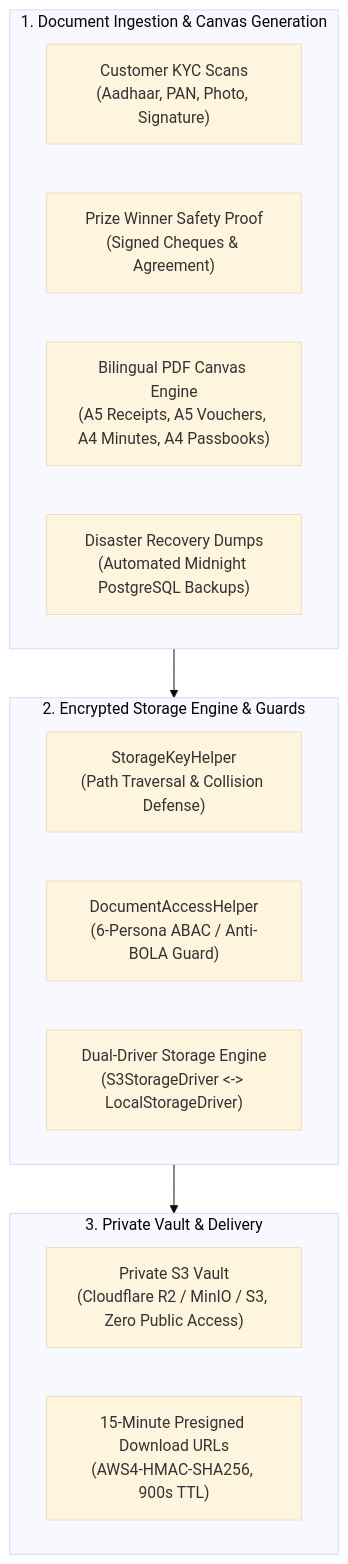
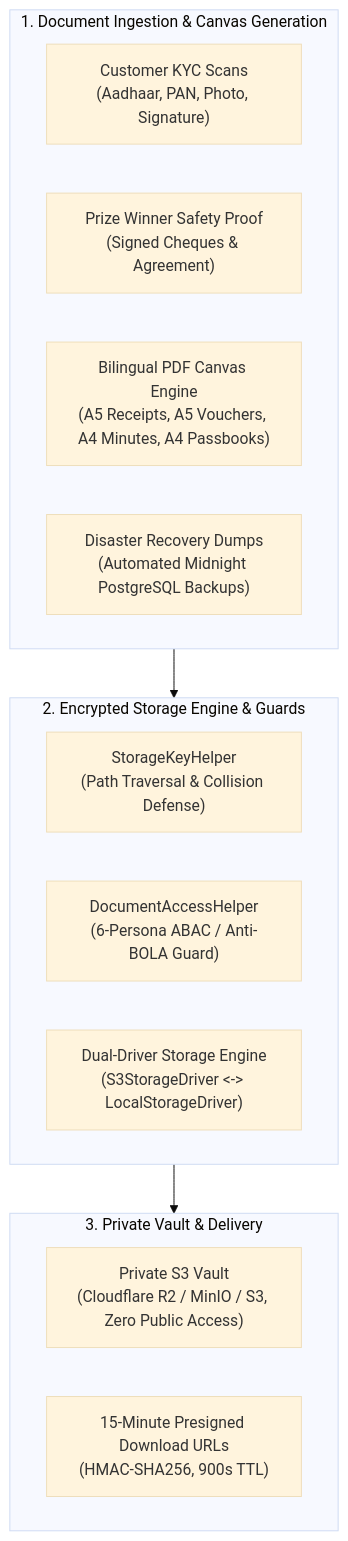
One commit to Kathir-24/Kumaran-finance changed the first of 3 diagrams in docs/03-architecture/document-and-storage-architecture.md. Above: the diagram before and after it, drawn with Mermaid (base theme). The commit also changed other lines of this file and 18 other files, not shown here.

````diff
--- a/docs/03-architecture/document-and-storage-architecture.md
+++ b/docs/03-architecture/document-and-storage-architecture.md
@@ -15,22 +15,22 @@
 ```mermaid
 flowchart TD
     subgraph INTAKE["1. Document Ingestion & Canvas Generation"]
         D1["Customer KYC Scans\n(Aadhaar, PAN, Photo, Signature)"]
         D2["Prize Winner Safety Proof\n(Signed Cheques & Agreement)"]
         D3["Bilingual PDF Canvas Engine\n(A5 Receipts, A5 Vouchers, A4 Minutes, A4 Passbooks)"]
         D4["Disaster Recovery Dumps\n(Automated Midnight PostgreSQL Backups)"]
     end
 
     subgraph ENGINE["2. Encrypted Storage Engine & Guards"]
         SEC["StorageKeyHelper\n(Path Traversal & Collision Defense)"]
         ABAC["DocumentAccessHelper\n(6-Persona ABAC / Anti-BOLA Guard)"]
         DRV["Dual-Driver Storage Engine\n(S3StorageDriver <-> LocalStorageDriver)"]
     end
 
     subgraph VAULT["3. Private Vault & Delivery"]
         S3["Private S3 Vault\n(Cloudflare R2 / MinIO / S3, Zero Public Access)"]
-        URL["15-Minute Presigned Download URLs\n(AWS4-HMAC-SHA256, 900s TTL)"]
+        URL["15-Minute Presigned Download URLs\n(HMAC-SHA256, 900s TTL)"]
     end
 
     INTAKE --> ENGINE --> VAULT
 ```
````
